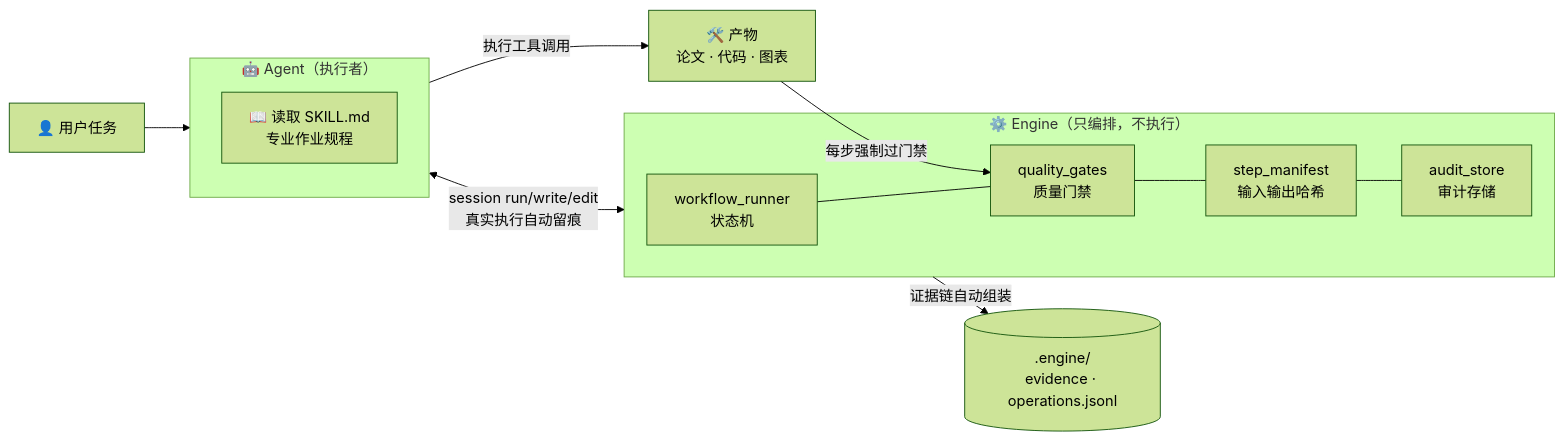
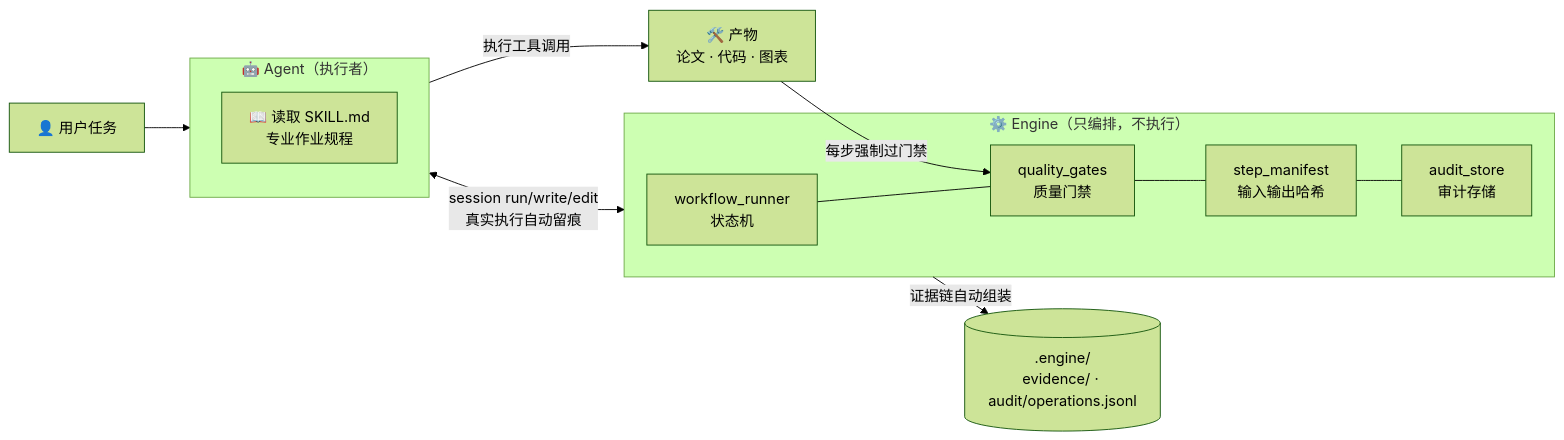
Before and after one commit to FOURTEEN1416/academic-agent-toolkit: the diagram in README.md, drawn with Mermaid (forest theme). The commit also changed other lines of this file and 368 other files, not shown here.

````diff
--- a/README.md
+++ b/README.md
@@ -111,16 +113,16 @@
 ```mermaid
 flowchart LR
     U["👤 用户任务"] --> A
     subgraph A["🤖 Agent（执行者）"]
         S["📖 读取 SKILL.md<br/>专业作业规程"]
     end
     A -->|"执行工具调用"| W["🛠️ 产物<br/>论文 · 代码 · 图表"]
     A <-->|"session run/write/edit<br/>真实执行自动留痕"| E
     subgraph E["⚙️ Engine（只编排，不执行）"]
         R["workflow_runner<br/>状态机"] --- G["quality_gates<br/>质量门禁"]
         G --- M["step_manifest<br/>输入输出哈希"]
         M --- AU["audit_store<br/>审计存储"]
     end
     W -->|"每步强制过门禁"| G
-    E -->|"证据链自动组装"| D[(".engine/<br/>evidence · operations.jsonl")]
+    E -->|"证据链自动组装"| D[(".engine/<br/>evidence/ · audit/operations.jsonl")]
 ```
````
